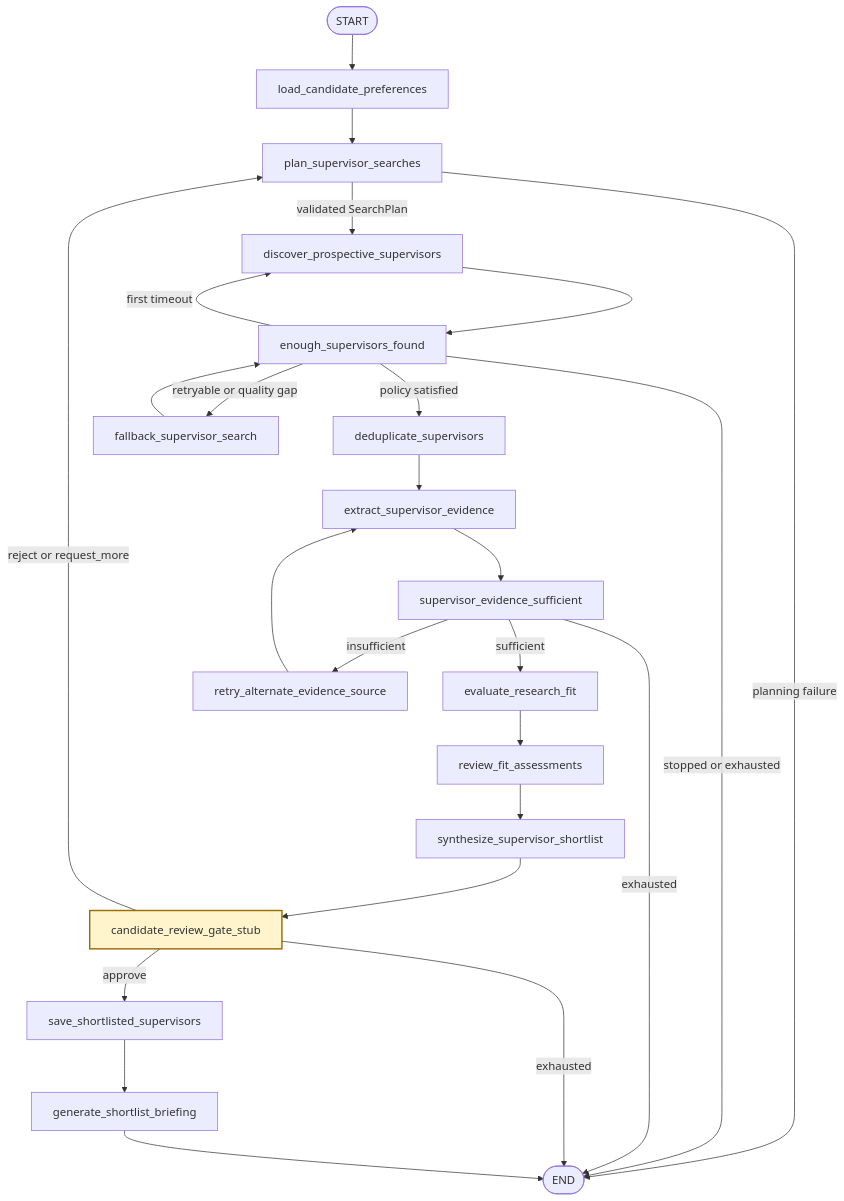
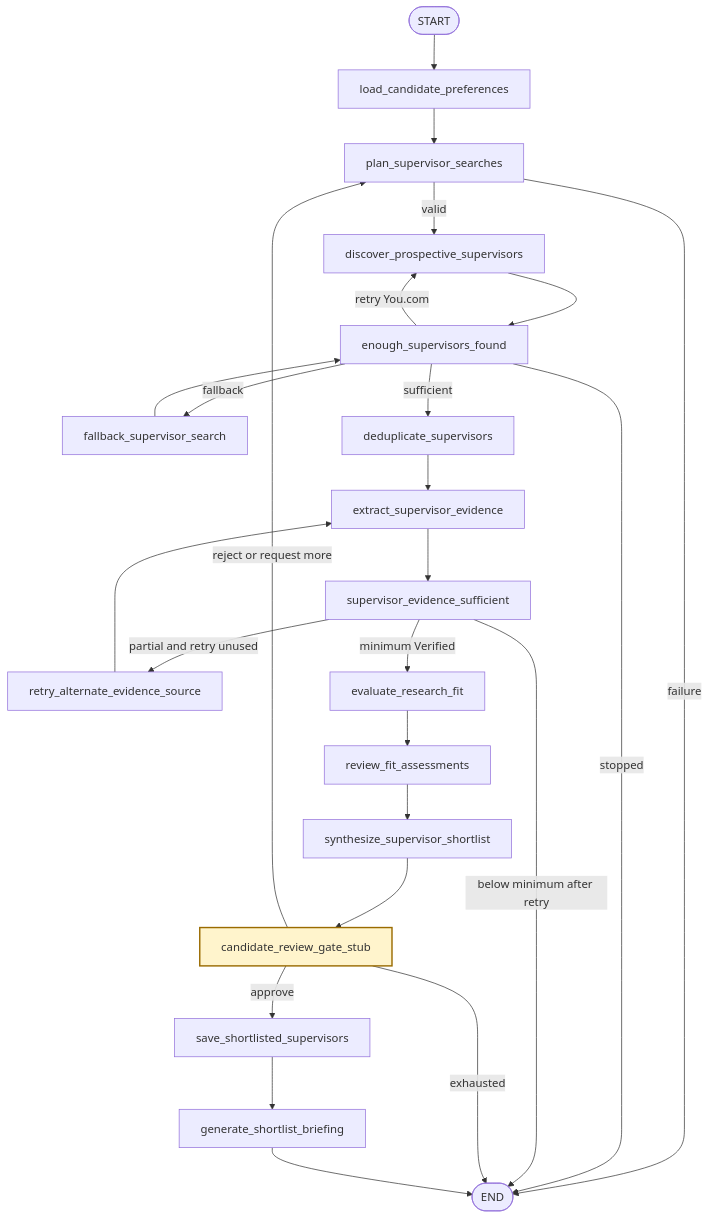
Before and after one commit to shanly-rajan/ai-builder: the tenth of 14 diagrams in projects/scholar-path/docs/architecture.md, drawn with Mermaid. The commit also changed other lines of this file and 57 other files, not shown here.

Commit message:
feat: add Supervisor evidence extraction and verification

````diff
--- a/projects/scholar-path/docs/architecture.md
+++ b/projects/scholar-path/docs/architecture.md
@@ -194,30 +318,30 @@
 ```mermaid
 flowchart TD
     START([START]) --> Load[load_candidate_preferences]
     Load --> Plan[plan_supervisor_searches]
-    Plan -->|validated SearchPlan| Discover[discover_prospective_supervisors]
-    Plan -->|planning failure| END([END])
+    Plan -->|valid| Discover[discover_prospective_supervisors]
+    Plan -->|failure| END([END])
     Discover --> Found[enough_supervisors_found]
-    Found -->|policy satisfied| Dedupe[deduplicate_supervisors]
-    Found -->|first timeout| Discover
-    Found -->|retryable or quality gap| Fallback[fallback_supervisor_search]
-    Found -->|stopped or exhausted| END
+    Found -->|retry You.com| Discover
+    Found -->|fallback| Fallback[fallback_supervisor_search]
     Fallback --> Found
+    Found -->|sufficient| Dedupe[deduplicate_supervisors]
+    Found -->|stopped| END
     Dedupe --> Extract[extract_supervisor_evidence]
     Extract --> Evidence[supervisor_evidence_sufficient]
-    Evidence -->|sufficient| Evaluate[evaluate_research_fit]
-    Evidence -->|insufficient| Alternate[retry_alternate_evidence_source]
-    Evidence -->|exhausted| END
+    Evidence -->|partial and retry unused| Alternate[retry_alternate_evidence_source]
     Alternate --> Extract
+    Evidence -->|minimum Verified| Evaluate[evaluate_research_fit]
+    Evidence -->|below minimum after retry| END
     Evaluate --> Review[review_fit_assessments]
     Review --> Synthesize[synthesize_supervisor_shortlist]
     Synthesize --> Gate[candidate_review_gate_stub]
     Gate -->|approve| Save[save_shortlisted_supervisors]
-    Gate -->|reject or request_more| Plan
+    Gate -->|reject or request more| Plan
     Gate -->|exhausted| END
     Save --> Brief[generate_shortlist_briefing]
     Brief --> END
 
     classDef human fill:#fff4cc,stroke:#9a6b00,stroke-width:2px;
     class Gate human;
 ```
````
